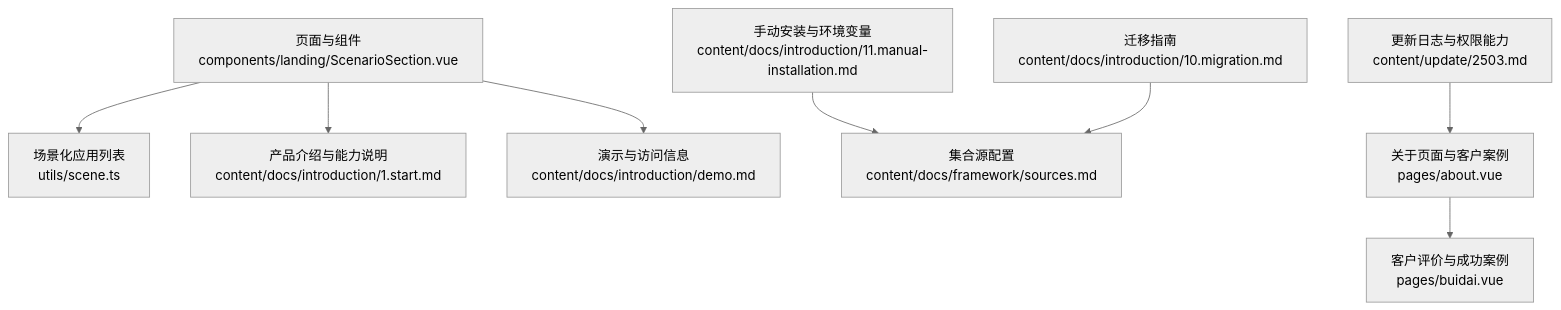
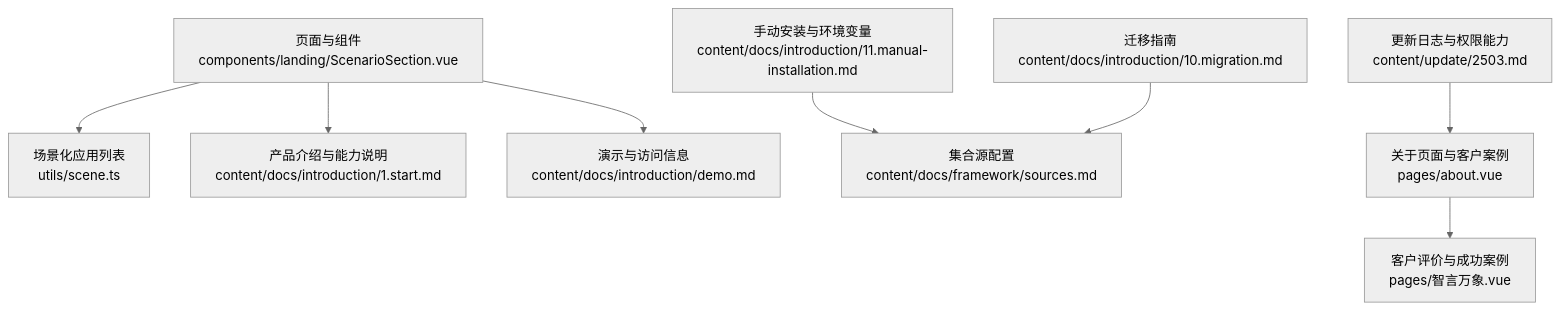
One commit to lllyyysss77/buidai changed the first of 6 diagrams in .qoder/repowiki/zh/content/核心功能/行业场景解决方案/行业场景解决方案.md. Above: the diagram before and after it, drawn with Mermaid (neutral theme). The commit also changed other lines of this file and 163 other files, not shown here.

````diff
--- a/.qoder/repowiki/zh/content/核心功能/行业场景解决方案/行业场景解决方案.md
+++ b/.qoder/repowiki/zh/content/核心功能/行业场景解决方案/行业场景解决方案.md
@@ -48,10 +48,10 @@
 ```mermaid
 graph TB
 A["页面与组件<br/>components/landing/ScenarioSection.vue"] --> B["场景化应用列表<br/>utils/scene.ts"]
 A --> C["产品介绍与能力说明<br/>content/docs/introduction/1.start.md"]
 A --> D["演示与访问信息<br/>content/docs/introduction/demo.md"]
 E["手动安装与环境变量<br/>content/docs/introduction/11.manual-installation.md"] --> F["集合源配置<br/>content/docs/framework/sources.md"]
 G["迁移指南<br/>content/docs/introduction/10.migration.md"] --> F
 H["更新日志与权限能力<br/>content/update/2503.md"] --> I["关于页面与客户案例<br/>pages/about.vue"]
-I --> J["客户评价与成功案例<br/>pages/buidai.vue"]
+I --> J["客户评价与成功案例<br/>pages/智言万象.vue"]
 ```
````
